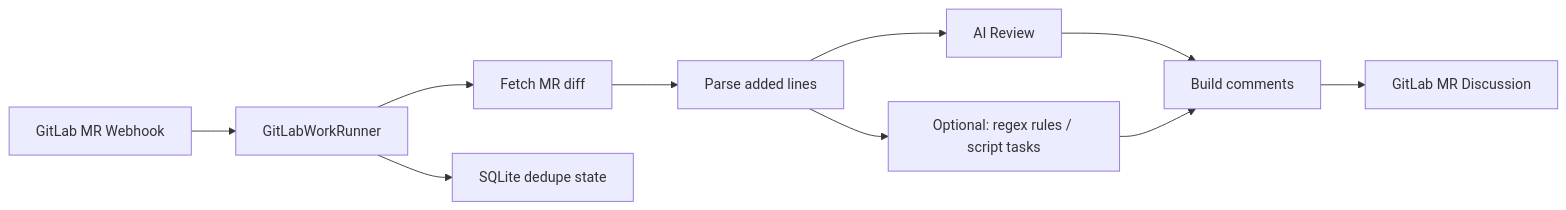
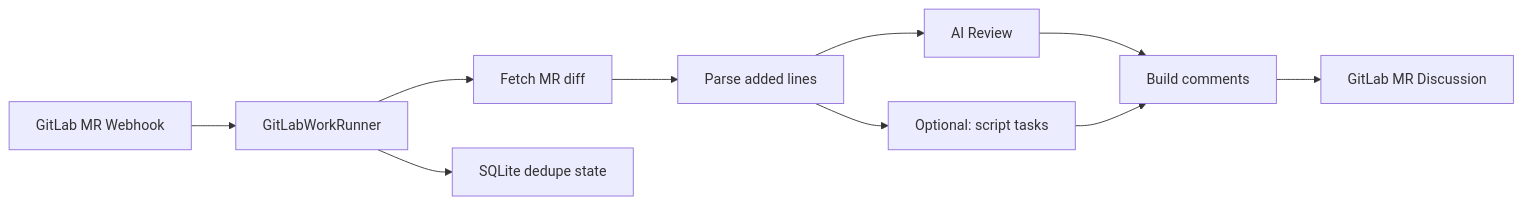
Before and after one commit to SwartzMss/GitLabWorkRunner: the first of 2 diagrams in README.en.md, drawn with Mermaid. The commit also changed other lines of this file and 13 other files, not shown here.

Commit message:
refactor: remove regex line rules

````diff
--- a/README.en.md
+++ b/README.en.md
@@ -11,12 +11,12 @@
 ```mermaid
 flowchart LR
     A["GitLab MR Webhook"] --> B["GitLabWorkRunner"]
     B --> C["Fetch MR diff"]
     C --> D["Parse added lines"]
     D --> F["AI Review"]
-    D --> E["Optional: regex rules / script tasks"]
+    D --> E["Optional: script tasks"]
     F --> H["Build comments"]
     E --> H
     H --> I["GitLab MR Discussion"]
     B --> J["SQLite dedupe state"]
 ```
````
